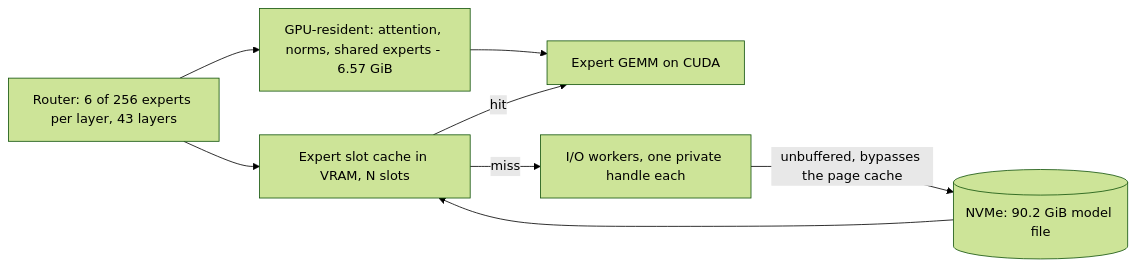
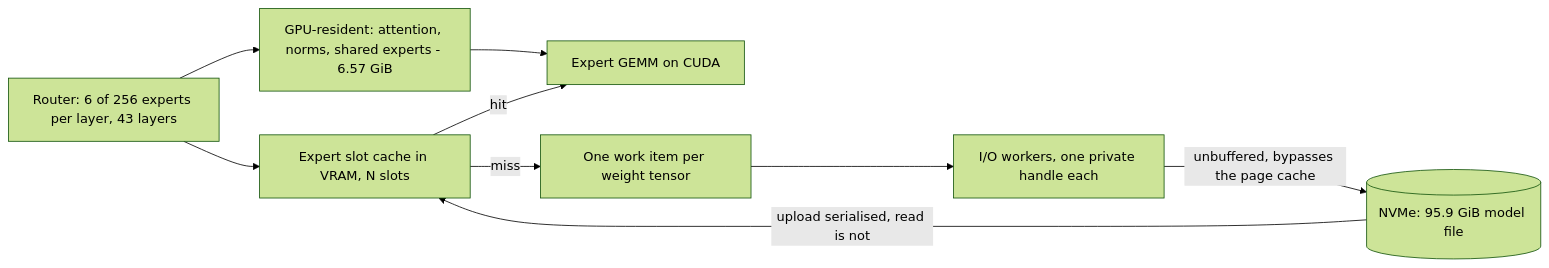
One commit to birhantprkc/Crow changed the diagram in README.md. Above: the diagram before and after it, drawn with Mermaid (forest theme). The commit also changed other lines of this file, not shown here.

First line of the commit message:
Report the operating point the product runs at, not the one a series was measured at

````diff
--- a/README.md
+++ b/README.md
@@ -56,13 +89,14 @@
 ```mermaid
 flowchart LR
     R["Router: 6 of 256 experts per layer, 43 layers"]
 
     R --> RES["GPU-resident: attention, norms, shared experts - 6.57 GiB"]
     R --> CACHE["Expert slot cache in VRAM, N slots"]
 
     CACHE -->|hit| GEMM["Expert GEMM on CUDA"]
-    CACHE -->|miss| IO["I/O workers, one private handle each"]
-    IO -->|"unbuffered, bypasses the page cache"| NVME[("NVMe: 90.2 GiB model file")]
-    NVME --> CACHE
+    CACHE -->|miss| SPLIT["One work item per weight tensor"]
+    SPLIT --> IO["I/O workers, one private handle each"]
+    IO -->|"unbuffered, bypasses the page cache"| NVME[("NVMe: 95.9 GiB model file")]
+    NVME -->|"upload serialised, read is not"| CACHE
     RES --> GEMM
 ```
````
